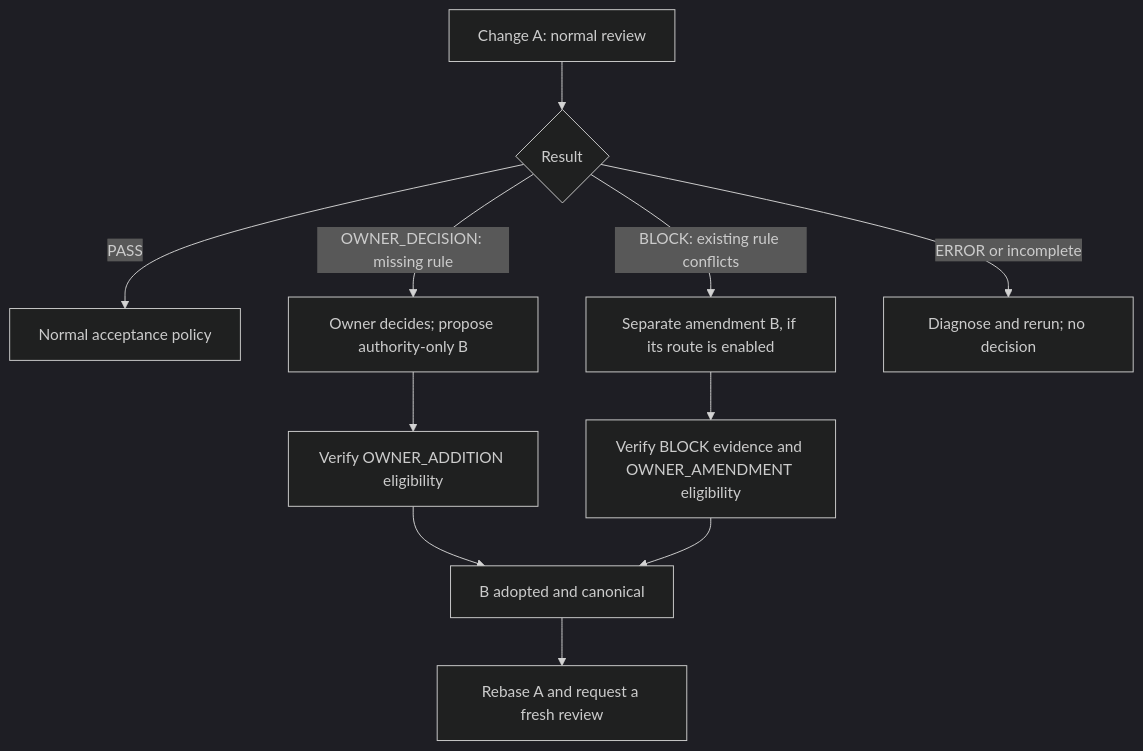
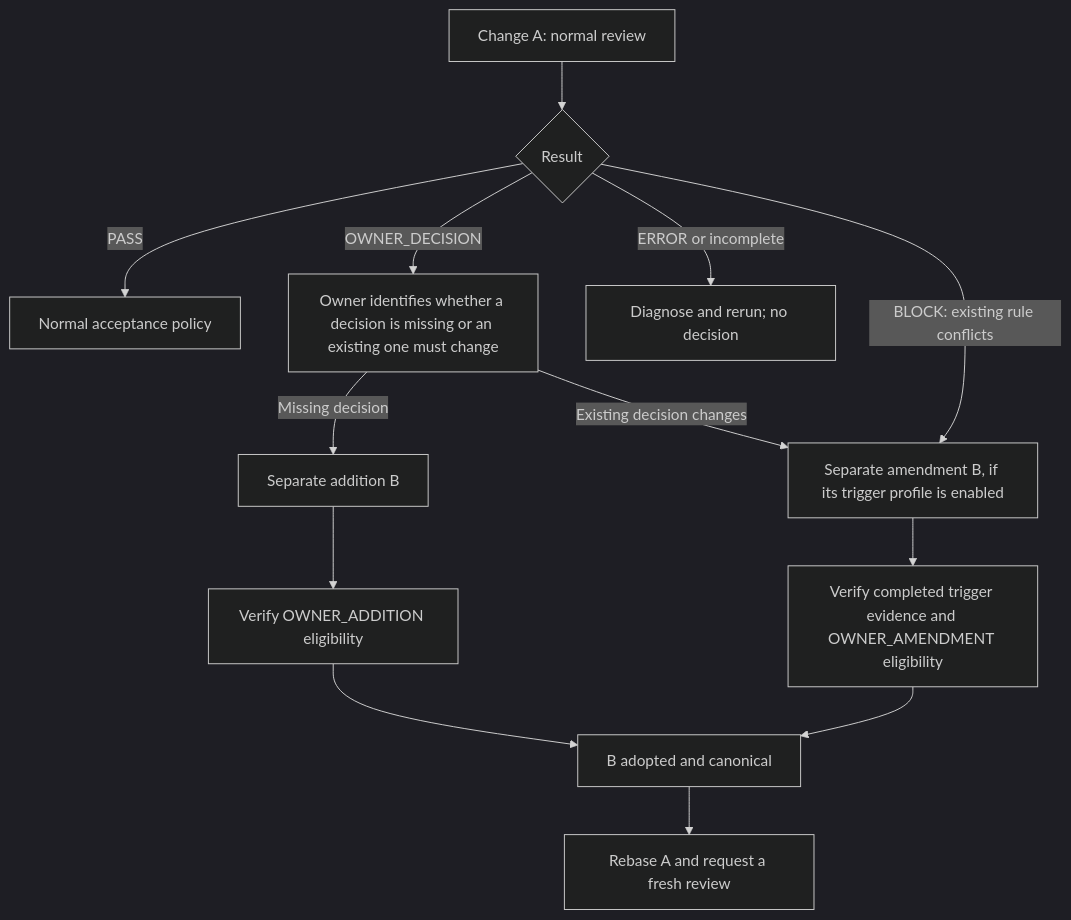
Before and after one commit to flair-agency/architecture-gatekeeper: the diagram in docs/owner-intervention.md, drawn with Mermaid (dark theme). The commit also changed other lines of this file and 1 other file, not shown here.

Commit message:
docs: define dogfoodable v0.6 amendment goal

````diff
--- a/docs/owner-intervention.md
+++ b/docs/owner-intervention.md
@@ -9,13 +9,15 @@
 ```mermaid
 flowchart TD
     A[Change A: normal review] --> D{Result}
     D -->|PASS| P[Normal acceptance policy]
-    D -->|OWNER_DECISION: missing rule| B1[Owner decides; propose authority-only B]
-    D -->|BLOCK: existing rule conflicts| B2[Separate amendment B, if its route is enabled]
+    D -->|OWNER_DECISION| O[Owner identifies whether a decision is missing or an existing one must change]
+    O -->|Missing decision| B1[Separate addition B]
+    O -->|Existing decision changes| B2[Separate amendment B, if its trigger profile is enabled]
+    D -->|BLOCK: existing rule conflicts| B2
     D -->|ERROR or incomplete| E[Diagnose and rerun; no decision]
     B1 --> G1[Verify OWNER_ADDITION eligibility]
-    B2 --> G2[Verify BLOCK evidence and OWNER_AMENDMENT eligibility]
+    B2 --> G2[Verify completed trigger evidence and OWNER_AMENDMENT eligibility]
     G1 --> C[B adopted and canonical]
     G2 --> C
     C --> R[Rebase A and request a fresh review]
 ```
````
